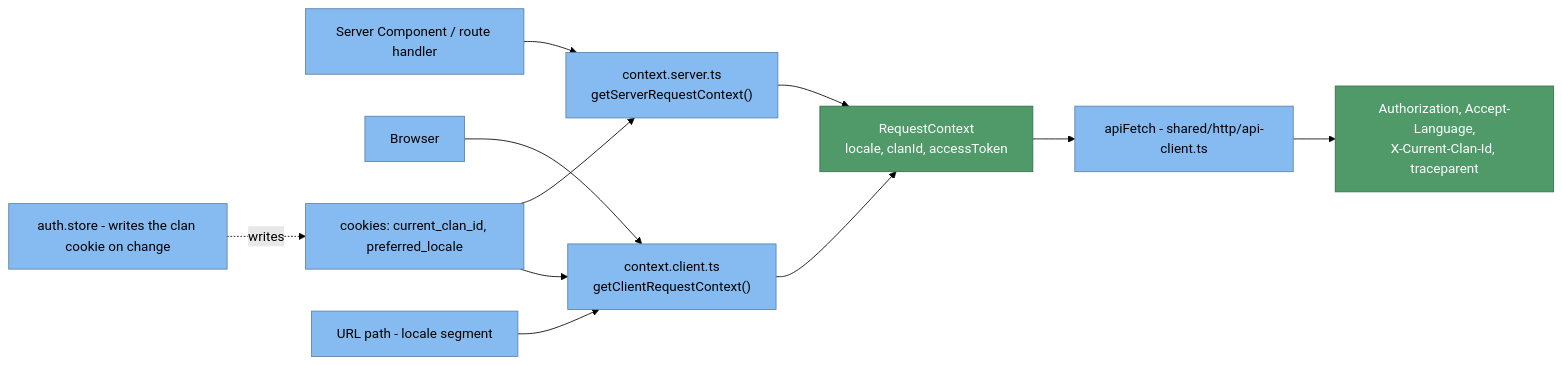
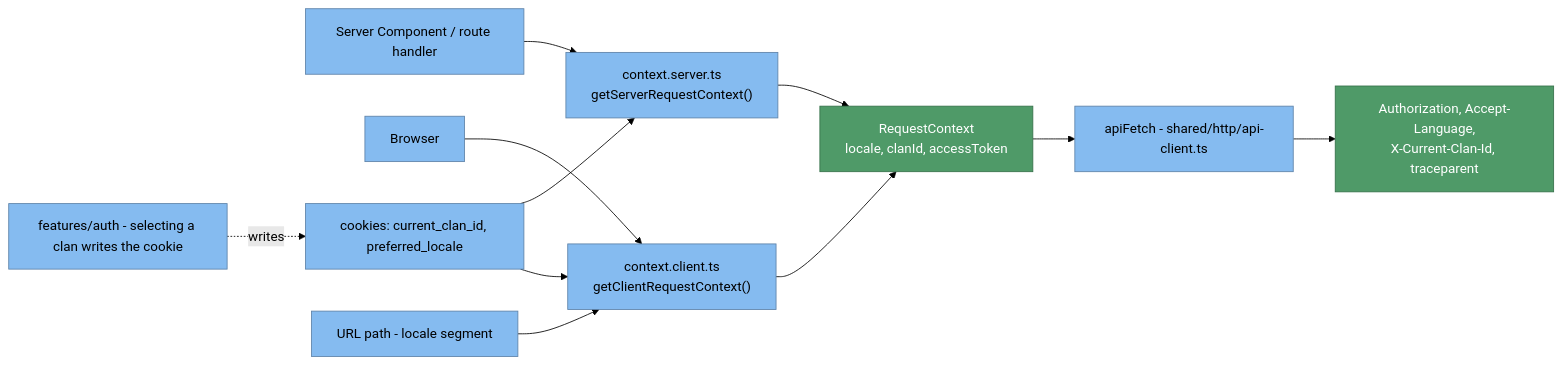
The second of 2 diagrams in docs/sad/05b-web-components.md (namphuongtran/familyroots), drawn with Mermaid (forest theme) before and after one commit. The commit also changed 5 other files, not shown here.

````diff
--- a/docs/sad/05b-web-components.md
+++ b/docs/sad/05b-web-components.md
@@ -110,27 +110,27 @@
 ```mermaid
 graph LR
   rsc[Server Component / route handler]:::comp
   browser[Browser]:::comp
   ck["cookies: current_clan_id, preferred_locale"]:::comp
   path["URL path - locale segment"]:::comp
-  store[auth.store - writes the clan cookie on change]:::comp
+  store["features/auth - selecting a clan writes the cookie"]:::comp
   ctxsrv["context.server.ts<br/>getServerRequestContext()"]:::comp
   ctxcli["context.client.ts<br/>getClientRequestContext()"]:::comp
   rc["RequestContext<br/>locale, clanId, accessToken"]:::good
   fetch["apiFetch - shared/http/api-client.ts"]:::comp
   hdr["Authorization, Accept-Language,<br/>X-Current-Clan-Id, traceparent"]:::good
 
   rsc --> ctxsrv
   ck --> ctxsrv
   browser --> ctxcli
   path --> ctxcli
   ck --> ctxcli
   store -.->|writes| ck
   ctxsrv --> rc
   ctxcli --> rc
   rc --> fetch
   fetch --> hdr
 
   classDef comp fill:#85bbf0,stroke:#5d82a8,color:#000000
   classDef good fill:#4f9a68,stroke:#357049,color:#ffffff
 ```
````
